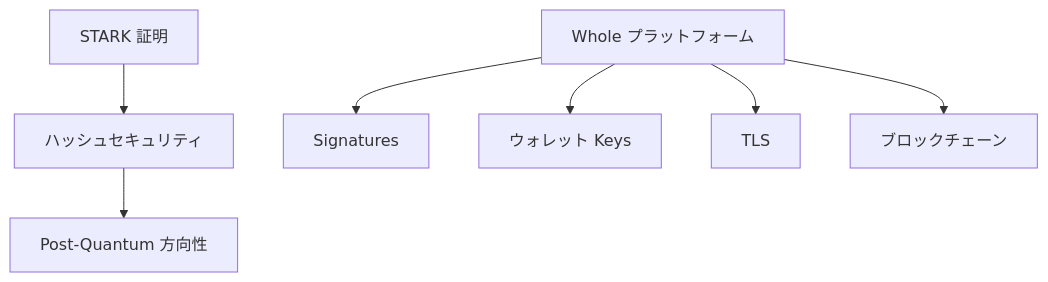
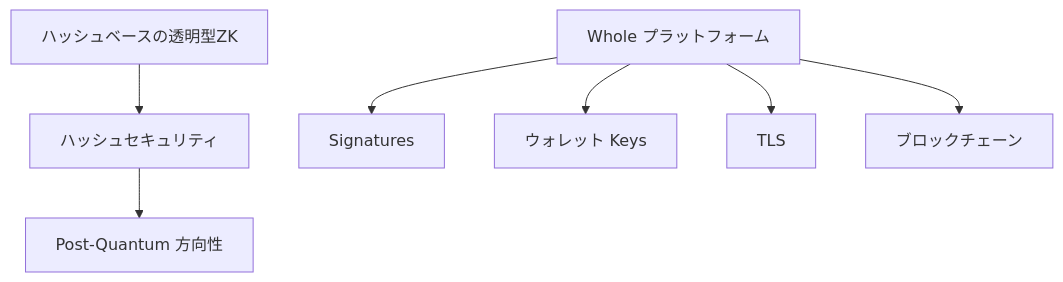
One commit to ShigeichiroYamasaki/creator-first-platform changed diagram 18 of 43 in docs/whitepaper/09-technology.md. Above: the diagram before and after it, drawn with Mermaid. The commit also changed other lines of this file and 42 other files, not shown here.

Commit message:
Design production service architecture

````diff
--- a/docs/whitepaper/09-technology.md
+++ b/docs/whitepaper/09-technology.md
@@ -737,19 +729,19 @@
 ```mermaid
 flowchart TD
-    STARK[STARK 証明]
+    ZK[ハッシュベースの透明型ZK]
     HASH[ハッシュセキュリティ]
     PQ[Post-Quantum 方向性]
 
-    STARK --> HASH --> PQ
+    ZK --> HASH --> PQ
 
     SYSTEM[Whole プラットフォーム]
     SIGN[Signatures]
     WALLET[ウォレット Keys]
     TLS[TLS]
     CHAIN[ブロックチェーン]
 
     SYSTEM --> SIGN
     SYSTEM --> WALLET
     SYSTEM --> TLS
     SYSTEM --> CHAIN
 ```
````
